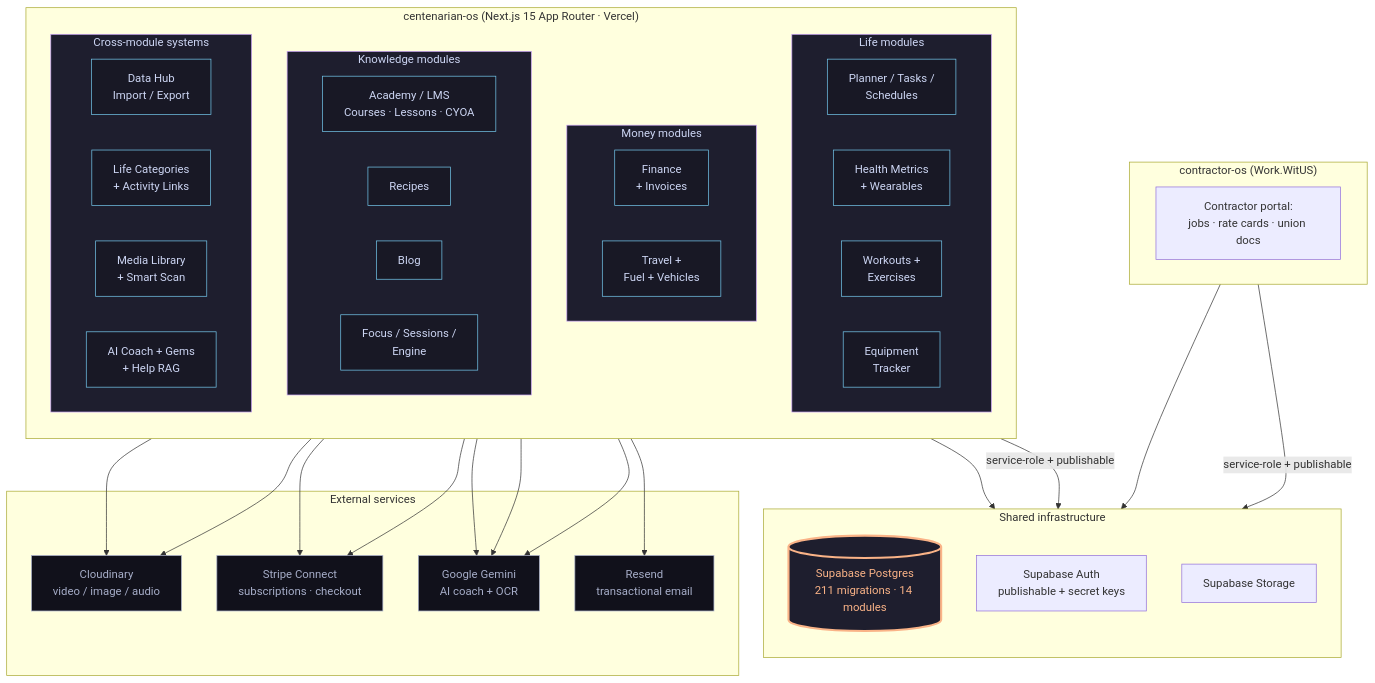
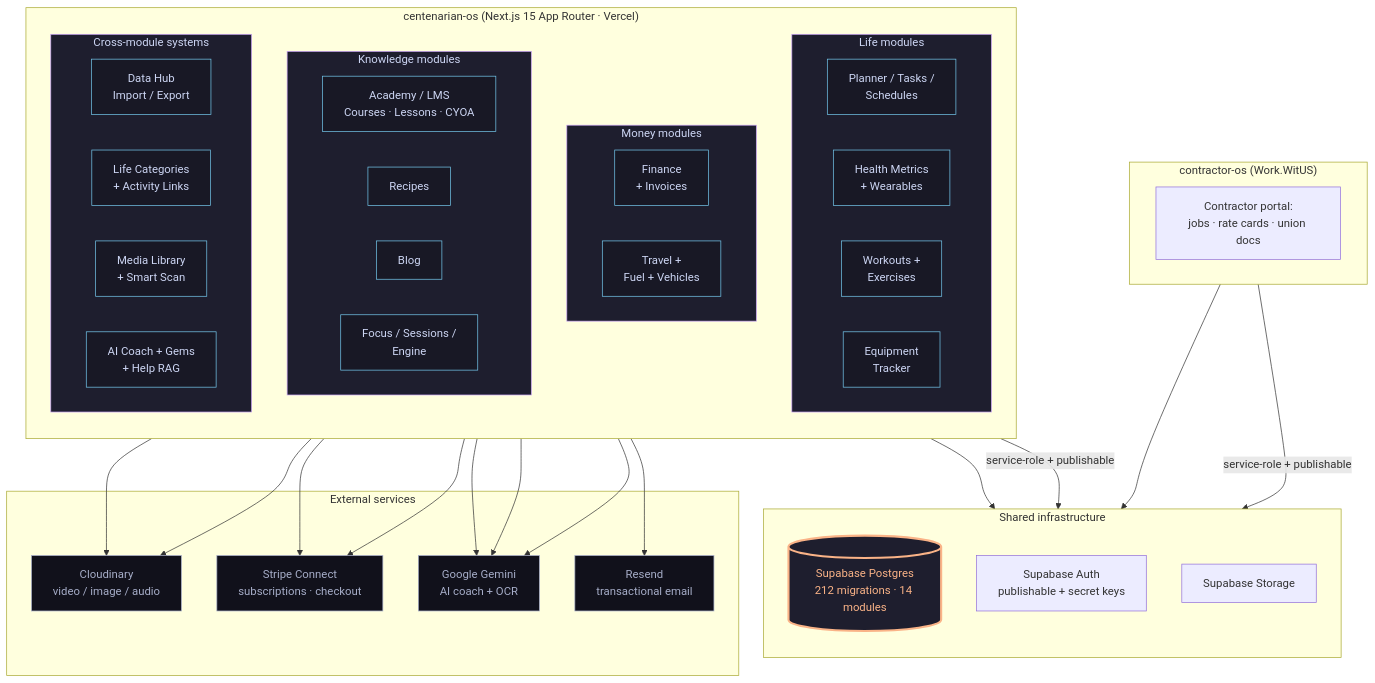
One commit to dapperAuteur/centenarian-os changed the first of 2 diagrams in ARCHITECTURE.md. Above: the diagram before and after it, drawn with Mermaid. The commit also changed other lines of this file and 6 other files, not shown here.

````diff
--- a/ARCHITECTURE.md
+++ b/ARCHITECTURE.md
@@ -14,76 +14,76 @@
 ```mermaid
 flowchart TB
   classDef shell fill:#1e1e2e,stroke:#cba6f7,color:#cdd6f4
   classDef module fill:#181825,stroke:#74c7ec,color:#cdd6f4
   classDef shared fill:#1e1e2e,stroke:#fab387,color:#fab387,stroke-width:3px
   classDef external fill:#11111b,stroke:#a6adc8,color:#a6adc8
 
   subgraph CentOS["centenarian-os (Next.js 15 App Router · Vercel)"]
     direction TB
 
     subgraph Life["Life modules"]
       direction LR
       Planner[Planner / Tasks /<br/>Schedules]
       Health[Health Metrics<br/>+ Wearables]
       Workouts[Workouts +<br/>Exercises]
       Equipment[Equipment<br/>Tracker]
     end
 
     subgraph Money["Money modules"]
       direction LR
       Finance[Finance<br/>+ Invoices]
       Travel[Travel +<br/>Fuel + Vehicles]
     end
 
     subgraph Knowledge["Knowledge modules"]
       direction LR
       Academy[Academy / LMS<br/>Courses · Lessons · CYOA]
       Recipes[Recipes]
       Blog[Blog]
       Focus[Focus / Sessions /<br/>Engine]
     end
 
     subgraph Cross["Cross-module systems"]
       direction LR
       DataHub[Data Hub<br/>Import / Export]
       Categories[Life Categories<br/>+ Activity Links]
       MediaLib[Media Library<br/>+ Smart Scan]
       Coach[AI Coach + Gems<br/>+ Help RAG]
     end
   end
 
   subgraph Shared["Shared infrastructure"]
     direction TB
-    Supabase[(Supabase Postgres<br/>211 migrations · 14 modules)]:::shared
+    Supabase[(Supabase Postgres<br/>212 migrations · 14 modules)]:::shared
     SupaAuth[Supabase Auth<br/>publishable + secret keys]
     SupaStorage[Supabase Storage]
   end
 
   subgraph Sibling["contractor-os (Work.WitUS)"]
     Contractor[Contractor portal:<br/>jobs · rate cards · union docs]
   end
 
   subgraph External["External services"]
     Cloudinary[Cloudinary<br/>video / image / audio]
     Stripe[Stripe Connect<br/>subscriptions · checkout]
     Gemini[Google Gemini<br/>AI coach + OCR]
     Resend[Resend<br/>transactional email]
   end
 
   CentOS -->|service-role + publishable| Supabase
   Sibling -->|service-role + publishable| Supabase
   CentOS --> SupaAuth
   Sibling --> SupaAuth
   CentOS --> Cloudinary
   CentOS --> Stripe
   CentOS --> Gemini
   CentOS --> Resend
   Coach --> Gemini
   MediaLib --> Cloudinary
   MediaLib --> Gemini
   Finance --> Stripe
 
   class Life,Money,Knowledge,Cross shell
   class Planner,Health,Workouts,Equipment,Finance,Travel,Academy,Recipes,Blog,Focus,DataHub,Categories,MediaLib,Coach module
   class Cloudinary,Stripe,Gemini,Resend external
 ```
````
